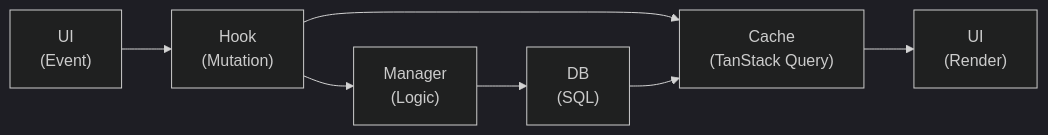
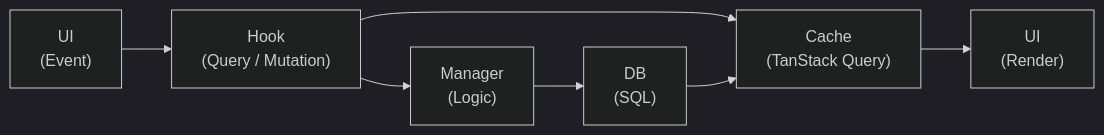
One commit to vata-apps/vata-app changed the first of 3 diagrams in docs/architecture/data-flow.md. Above: the diagram before and after it, drawn with Mermaid (dark theme). The commit also changed other lines of this file and 35 other files, not shown here.

````diff
--- a/docs/architecture/data-flow.md
+++ b/docs/architecture/data-flow.md
@@ -7,9 +7,9 @@
 ```mermaid
 graph LR
-    UIEvent["UI<br/>(Event)"] --> Hook["Hook<br/>(Mutation)"]
+    UIEvent["UI<br/>(Event)"] --> Hook["Hook<br/>(Query / Mutation)"]
     Hook --> Manager["Manager<br/>(Logic)"]
     Manager --> DB["DB<br/>(SQL)"]
     Hook --> Cache["Cache<br/>(TanStack Query)"]
     DB --> Cache
     Cache --> UIRender["UI<br/>(Render)"]
 ```
````
